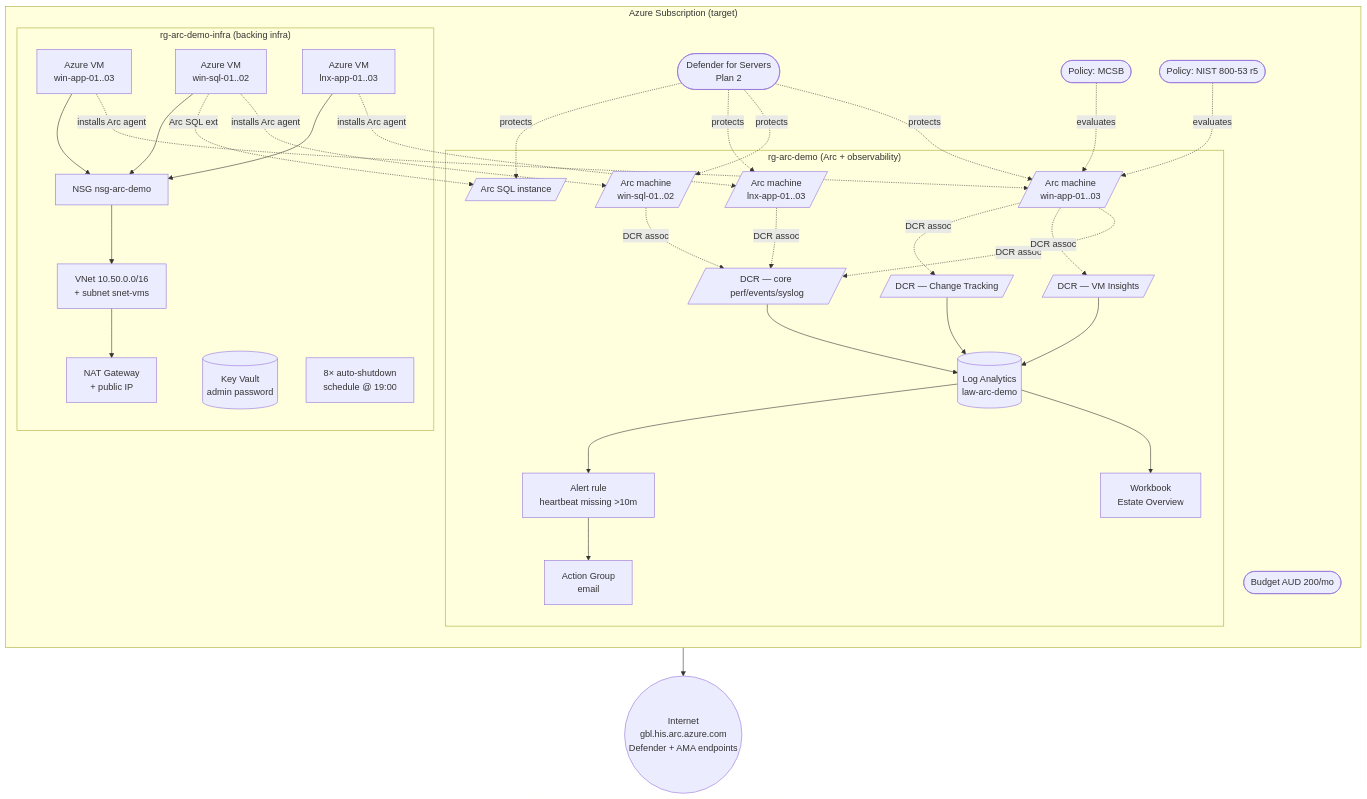
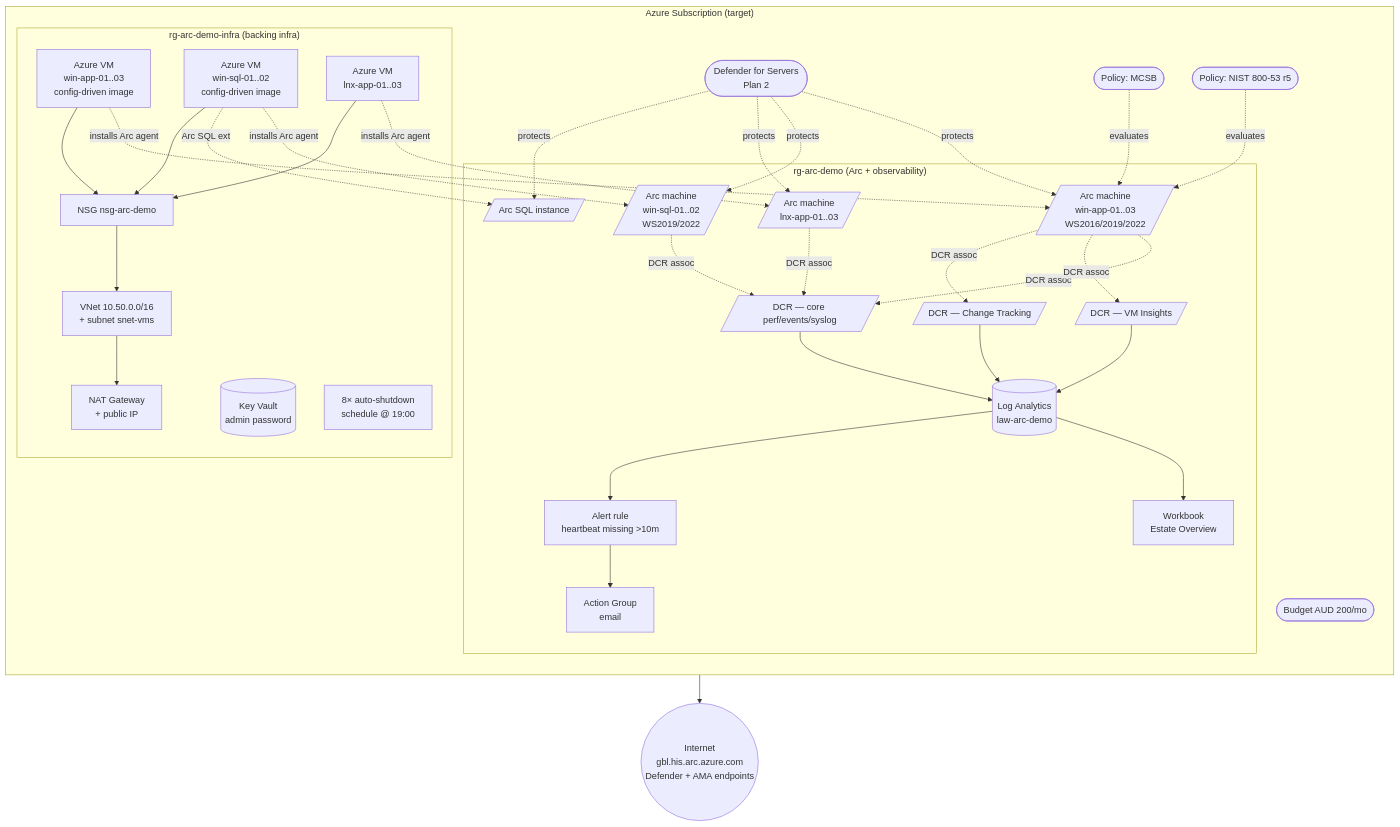
The diagram in docs/architecture.md (corey-skapin/arc-demo), drawn with Mermaid before and after one commit. The commit also changed other lines of this file and 9 other files, not shown here.

First line of the commit message:
Make Arc fleet legacy OS driven

````diff
--- a/docs/architecture.md
+++ b/docs/architecture.md
@@ -7,70 +7,70 @@
 ```mermaid
 flowchart TB
     subgraph sub["Azure Subscription (target)"]
         direction TB
 
         subgraph rg_arc["rg-arc-demo (Arc + observability)"]
             LAW[("Log Analytics<br/>law-arc-demo")]
             DCR1[/DCR — core perf/events/syslog/]
             DCR2[/DCR — VM Insights/]
             DCR3[/DCR — Change Tracking/]
             WB[Workbook<br/>Estate Overview]
             AG[Action Group<br/>email]
             AR[Alert rule<br/>heartbeat missing >10m]
-            ARC1[/Arc machine<br/>win-app-01..03/]
-            ARC2[/Arc machine<br/>win-sql-01..02/]
+            ARC1[/Arc machine<br/>win-app-01..03<br/>WS2016/2019/2022/]
+            ARC2[/Arc machine<br/>win-sql-01..02<br/>WS2019/2022/]
             ARC3[/Arc machine<br/>lnx-app-01..03/]
             SQL1[/Arc SQL instance/]
         end
 
         subgraph rg_infra["rg-arc-demo-infra (backing infra)"]
             VNET[VNet 10.50.0.0/16<br/>+ subnet snet-vms]
             NSG[NSG nsg-arc-demo]
             NAT[NAT Gateway<br/>+ public IP]
             KV[(Key Vault<br/>admin password)]
-            VM1[Azure VM<br/>win-app-01..03]
-            VM2[Azure VM<br/>win-sql-01..02]
+            VM1[Azure VM<br/>win-app-01..03<br/>config-driven image]
+            VM2[Azure VM<br/>win-sql-01..02<br/>config-driven image]
             VM3[Azure VM<br/>lnx-app-01..03]
             SCHED[8× auto-shutdown<br/>schedule @ 19:00]
         end
 
         DEFENDER([Defender for Servers<br/>Plan 2])
         POL([Policy: MCSB])
         POL2([Policy: NIST 800-53 r5])
         BUDGET([Budget AUD 200/mo])
     end
 
     INET((Internet<br/>gbl.his.arc.azure.com<br/>Defender + AMA endpoints))
 
     VM1 -. installs Arc agent .-> ARC1
     VM2 -. installs Arc agent .-> ARC2
     VM3 -. installs Arc agent .-> ARC3
     VM2 -. Arc SQL ext .-> SQL1
 
     ARC1 -.->|DCR assoc| DCR1
     ARC2 -.->|DCR assoc| DCR1
     ARC3 -.->|DCR assoc| DCR1
     ARC1 -.->|DCR assoc| DCR2
     ARC1 -.->|DCR assoc| DCR3
 
     DCR1 --> LAW
     DCR2 --> LAW
     DCR3 --> LAW
     LAW --> WB
     LAW --> AR
     AR --> AG
 
     VM1 --> NSG
     VM2 --> NSG
     VM3 --> NSG
     NSG --> VNET
     VNET --> NAT
     NAT --> INET
 
     DEFENDER -. protects .-> ARC1
     DEFENDER -. protects .-> ARC2
     DEFENDER -. protects .-> ARC3
     DEFENDER -. protects .-> SQL1
     POL -. evaluates .-> ARC1
     POL2 -. evaluates .-> ARC1
 ```
````
